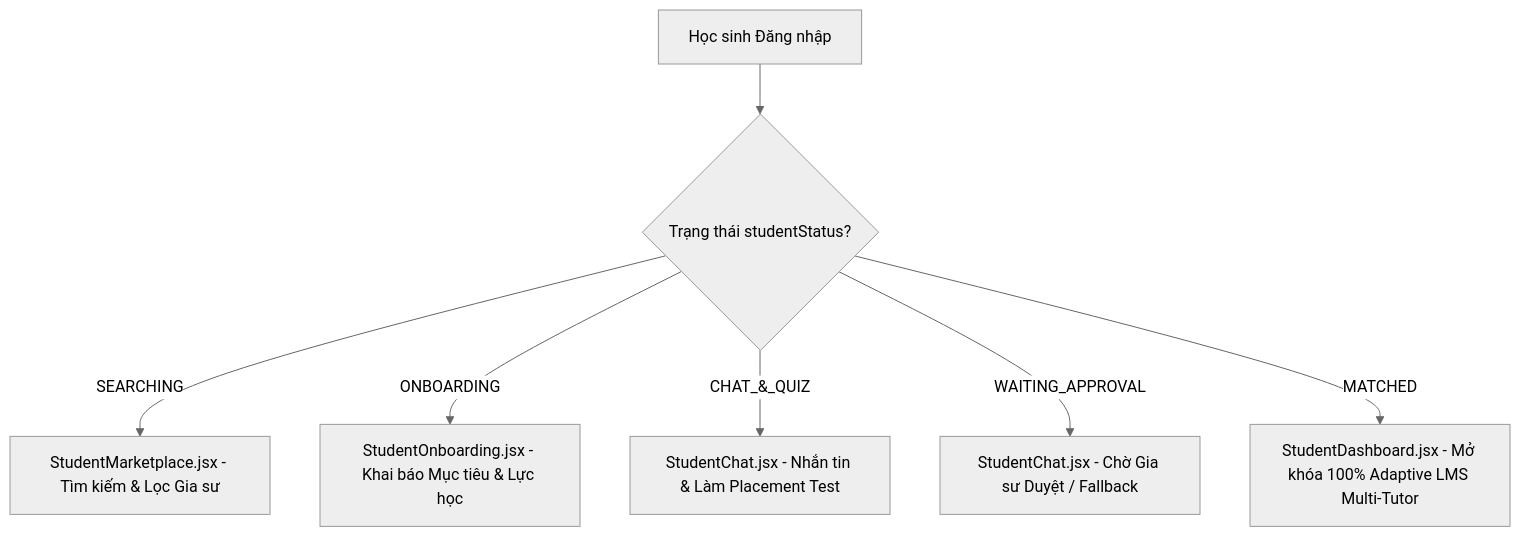
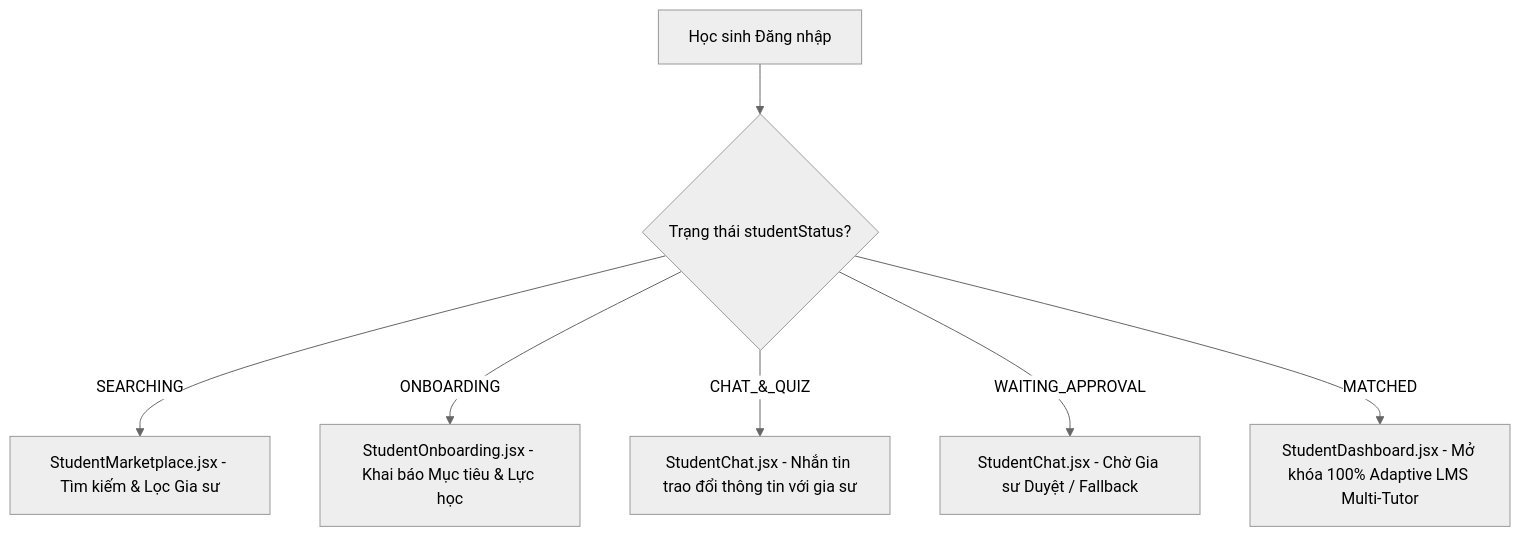
Before and after one commit to quangnguyenviet/Do-an: the diagram in docs/specs/hoc-sinh.md, drawn with Mermaid (neutral theme). The commit also changed other lines of this file, not shown here.

````diff
--- a/docs/specs/hoc-sinh.md
+++ b/docs/specs/hoc-sinh.md
@@ -11,9 +9,9 @@
 ```mermaid
 graph TD
     A[Học sinh Đăng nhập] --> B{Trạng thái studentStatus?}
     B -- SEARCHING --> C[StudentMarketplace.jsx - Tìm kiếm & Lọc Gia sư]
     B -- ONBOARDING --> D[StudentOnboarding.jsx - Khai báo Mục tiêu & Lực học]
-    B -- CHAT_&_QUIZ --> E[StudentChat.jsx - Nhắn tin & Làm Placement Test]
+    B -- CHAT_&_QUIZ --> E[StudentChat.jsx - Nhắn tin trao đổi thông tin với gia sư]
     B -- WAITING_APPROVAL --> F[StudentChat.jsx - Chờ Gia sư Duyệt / Fallback]
     B -- MATCHED --> G[StudentDashboard.jsx - Mở khóa 100% Adaptive LMS Multi-Tutor]
 ```
````
